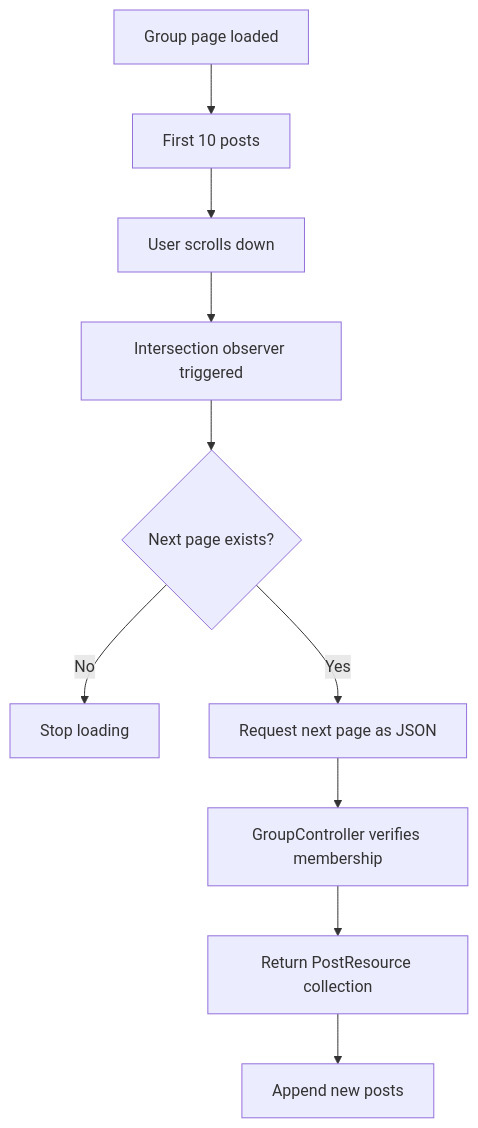
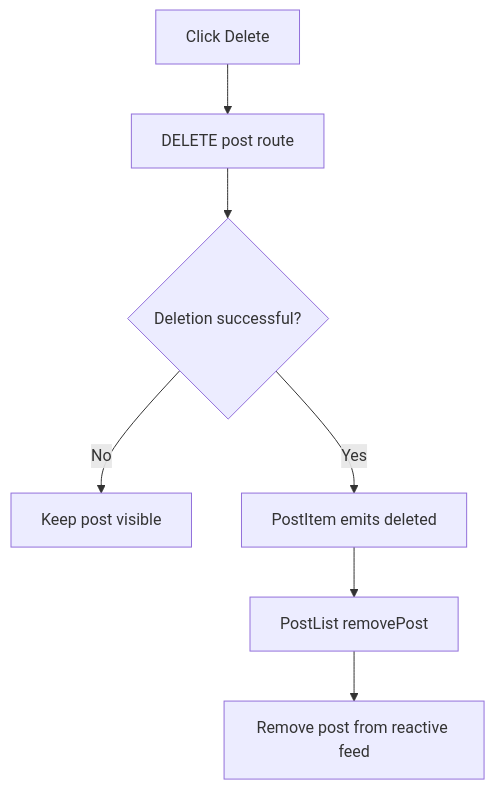
One commit to Paradox-Work/Poet-Web changed the fourth of 5 diagrams in docs/group-post-flow.md. Above: the diagram before and after it, drawn with Mermaid. The commit also changed other lines of this file and 2 other files, not shown here.

First line of the commit message:
docs: update post feed and moderation flows

````diff
--- a/docs/group-post-flow.md
+++ b/docs/group-post-flow.md
@@ -426,15 +261,9 @@
 ```mermaid
 flowchart TD
-    A[Group page loaded] --> B[First 10 posts]
-    B --> C[User scrolls down]
-    C --> D[Intersection observer triggered]
-
-    D --> E{Next page exists?}
-
-    E -- No --> F[Stop loading]
-
-    E -- Yes --> G[Request next page as JSON]
-    G --> H[GroupController verifies membership]
-    H --> I[Return PostResource collection]
-    I --> J[Append new posts]
+    A[Click Delete] --> B[DELETE post route]
+    B --> C{Deletion successful?}
+    C -- No --> D[Keep post visible]
+    C -- Yes --> E[PostItem emits deleted]
+    E --> F[PostList removePost]
+    F --> G[Remove post from reactive feed]
 ```
````
